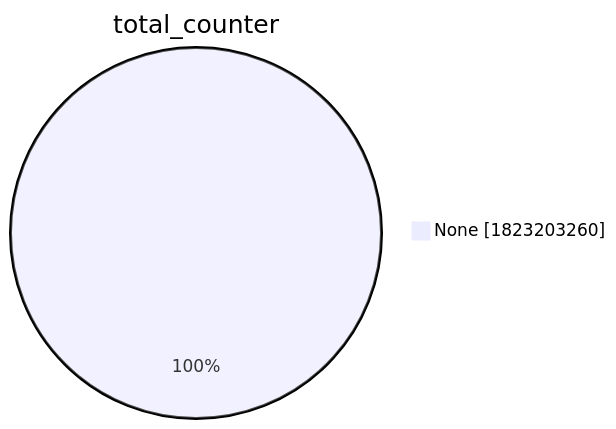
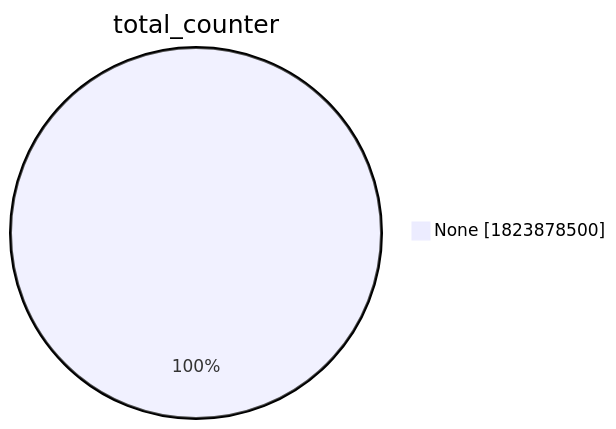
Before and after one commit to christiankrug/ctmonitor_visualization: the second of 15 diagrams in xenon2022/README.md, drawn with Mermaid. The commit also changed other lines of this file, not shown here.

````diff
--- a/xenon2022/README.md
+++ b/xenon2022/README.md
@@ -9,5 +9,5 @@
 ```mermaid
 pie showData
 title total_counter
-"None" :1823203260
+"None" :1823878500
 ```
````
